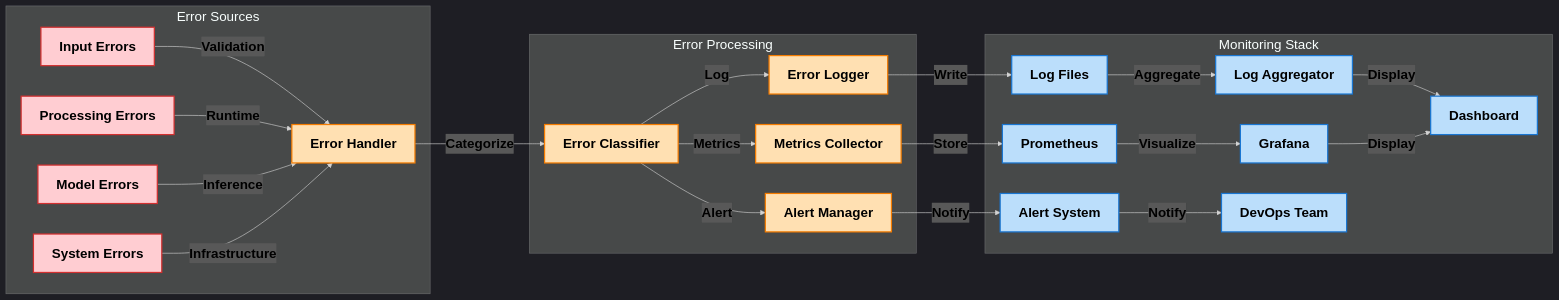
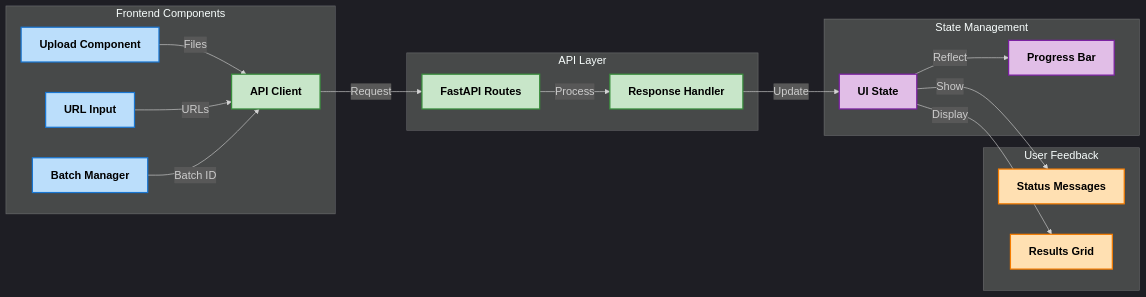
Before and after one commit to Dhruv0306/SymphonyProject1: the third of 9 diagrams in README.md, drawn with Mermaid. The commit also changed other lines of this file, not shown here.

First line of the commit message:
docs: enhance system architecture documentation and API specs

````diff
--- a/README.md
+++ b/README.md
@@ -361,48 +165,34 @@
 ```mermaid
-%%{init: {'theme': 'dark', 'themeVariables': { 'fontFamily': 'arial', 'fontSize': '22px'}}}%%
+%%{init: {'theme': 'dark', 'themeVariables': { 'fontFamily': 'arial', 'fontSize': '18px', 'fontWeight': 'bold'}}}%%
 graph LR
-    subgraph "Error Sources"
-        style A1 fill:#ffcdd2,stroke:#d32f2f,stroke-width:2px,color:#000000,font-weight:bold
-        style A2 fill:#ffcdd2,stroke:#d32f2f,stroke-width:2px,color:#000000,font-weight:bold
-        style A3 fill:#ffcdd2,stroke:#d32f2f,stroke-width:2px,color:#000000,font-weight:bold
-        style A4 fill:#ffcdd2,stroke:#d32f2f,stroke-width:2px,color:#000000,font-weight:bold
-        A1[Input Errors] -->|Validation| B[Error Handler]
-        A2[Processing Errors] -->|Runtime| B
-        A3[Model Errors] -->|Inference| B
-        A4[System Errors] -->|Infrastructure| B
+    subgraph "Frontend Components"
+        style A1 fill:#bbdefb,stroke:#1976d2,stroke-width:2px,color:#000000,font-weight:bold
+        style A2 fill:#bbdefb,stroke:#1976d2,stroke-width:2px,color:#000000,font-weight:bold
+        style A3 fill:#bbdefb,stroke:#1976d2,stroke-width:2px,color:#000000,font-weight:bold
+        A1[Upload Component] -->|"Files"| B1[API Client]
+        A2[URL Input] -->|"URLs"| B1
+        A3[Batch Manager] -->|"Batch ID"| B1
     end
 
-    subgraph "Error Processing" 
-        style B fill:#ffe0b2,stroke:#f57c00,stroke-width:2px,color:#000000,font-weight:bold
-        style C fill:#ffe0b2,stroke:#f57c00,stroke-width:2px,color:#000000,font-weight:bold
-        style D fill:#ffe0b2,stroke:#f57c00,stroke-width:2px,color:#000000,font-weight:bold
-        style E fill:#ffe0b2,stroke:#f57c00,stroke-width:2px,color:#000000,font-weight:bold
-        style F fill:#ffe0b2,stroke:#f57c00,stroke-width:2px,color:#000000,font-weight:bold
-        B -->|Categorize| C[Error Classifier]
-        C -->|Log| D[Error Logger]
-        C -->|Alert| E[Alert Manager]
-        C -->|Metrics| F[Metrics Collector]
+    subgraph "API Layer"
+        style B1 fill:#c8e6c9,stroke:#388e3c,stroke-width:2px,color:#000000,font-weight:bold
+        style B2 fill:#c8e6c9,stroke:#388e3c,stroke-width:2px,color:#000000,font-weight:bold
+        style B3 fill:#c8e6c9,stroke:#388e3c,stroke-width:2px,color:#000000,font-weight:bold
+        B1 -->|"Request"| B2[FastAPI Routes]
+        B2 -->|"Process"| B3[Response Handler]
     end
 
-    subgraph "Monitoring Stack" 
-        style G fill:#bbdefb,stroke:#1976d2,stroke-width:2px,color:#000000,font-weight:bold
-        style H fill:#bbdefb,stroke:#1976d2,stroke-width:2px,color:#000000,font-weight:bold
-        style I fill:#bbdefb,stroke:#1976d2,stroke-width:2px,color:#000000,font-weight:bold
-        style J fill:#bbdefb,stroke:#1976d2,stroke-width:2px,color:#000000,font-weight:bold
-        style K fill:#bbdefb,stroke:#1976d2,stroke-width:2px,color:#000000,font-weight:bold
-        style L fill:#bbdefb,stroke:#1976d2,stroke-width:2px,color:#000000,font-weight:bold
-        style M fill:#bbdefb,stroke:#1976d2,stroke-width:2px,color:#000000,font-weight:bold
-        D -->|Write| G[Log Files]
-        E -->|Notify| H[Alert System]
-        F -->|Store| I[Prometheus]
-        
-        G -->|Aggregate| J[Log Aggregator]
-        I -->|Visualize| K[Grafana]
-        
-        J & K -->|Display| L[Dashboard]
-        H -->|Notify| M[DevOps Team]
+    subgraph "State Management"
+        style C1 fill:#e1bee7,stroke:#7b1fa2,stroke-width:2px,color:#000000,font-weight:bold
+        style C2 fill:#e1bee7,stroke:#7b1fa2,stroke-width:2px,color:#000000,font-weight:bold
+        B3 -->|"Update"| C1[UI State]
+        C1 -->|"Reflect"| C2[Progress Bar]
     end
 
-    %% Style all edge labels
-    linkStyle default color:#000000,font-weight:bold
+    subgraph "User Feedback"
+        style D1 fill:#ffe0b2,stroke:#f57c00,stroke-width:2px,color:#000000,font-weight:bold
+        style D2 fill:#ffe0b2,stroke:#f57c00,stroke-width:2px,color:#000000,font-weight:bold
+        C1 -->|"Show"| D1[Status Messages]
+        C1 -->|"Display"| D2[Results Grid]
+    end
 ```
````
